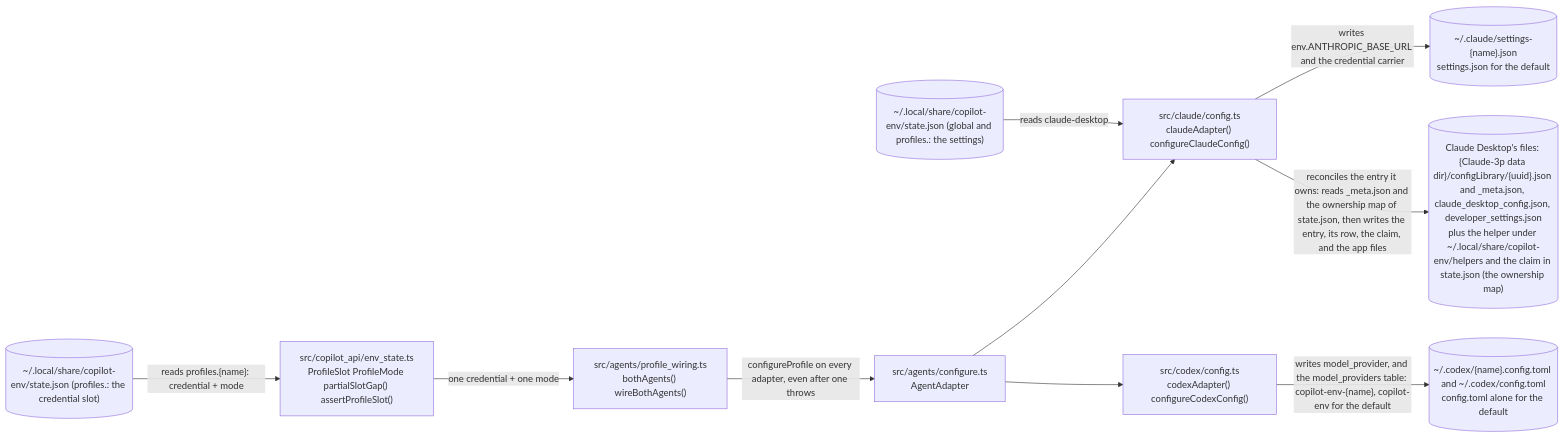
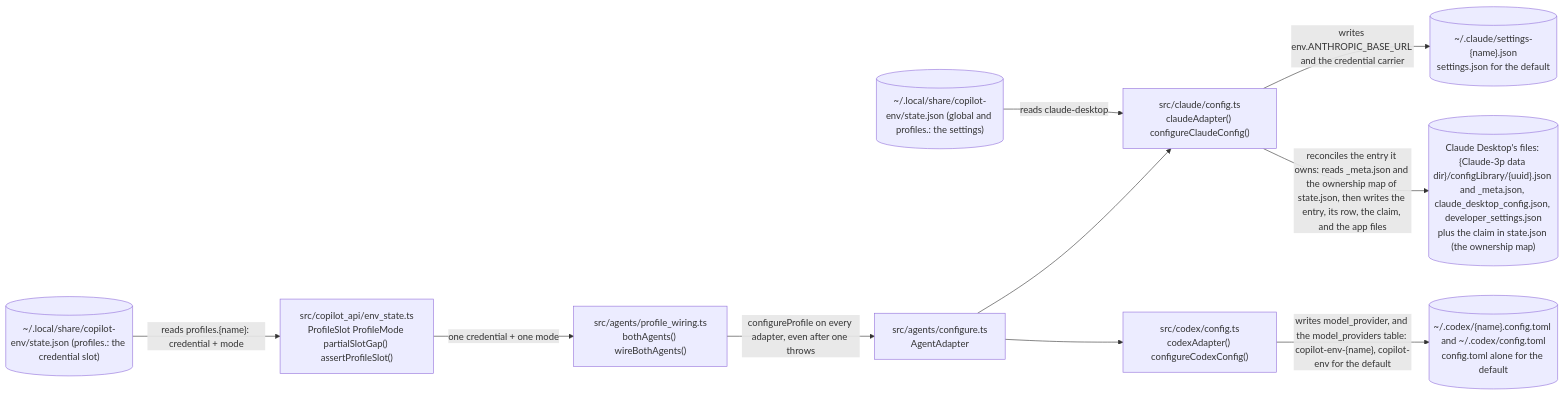
One commit to Vivswan/copilot-env changed the third of 8 diagrams in docs/architecture.md. Above: the diagram before and after it, drawn with Mermaid. The commit also changed 28 other files, not shown here.

Commit message:
feat(claude): a Claude Desktop entry names the agent launcher and its arguments as the credential helper, and the generated helper scripts go (#534)

````diff
--- a/docs/architecture.md
+++ b/docs/architecture.md
@@ -109,22 +109,22 @@
 ```mermaid
 flowchart LR
   credfile[("~/.local/share/copilot-env/state.json (profiles.<name>: the credential slot)")]
   prefs[("~/.local/share/copilot-env/state.json (global and profiles.<name>: the settings)")]
   slot["src/copilot_api/env_state.ts<br>ProfileSlot ProfileMode partialSlotGap() assertProfileSlot()"]
   wire["src/agents/profile_wiring.ts<br>bothAgents() wireBothAgents()"]
   adapter["src/agents/configure.ts<br>AgentAdapter"]
   claude["src/claude/config.ts<br>claudeAdapter() configureClaudeConfig()"]
   codex["src/codex/config.ts<br>codexAdapter() configureCodexConfig()"]
   claudefile[("~/.claude/settings-{name}.json<br>settings.json for the default")]
-  desktop[("Claude Desktop's files: {Claude-3p data dir}/configLibrary/{uuid}.json and _meta.json, claude_desktop_config.json, developer_settings.json<br>plus the helper under ~/.local/share/copilot-env/helpers and the claim in state.json (the ownership map)")]
+  desktop[("Claude Desktop's files: {Claude-3p data dir}/configLibrary/{uuid}.json and _meta.json, claude_desktop_config.json, developer_settings.json<br>plus the claim in state.json (the ownership map)")]
   codexfile[("~/.codex/{name}.config.toml and ~/.codex/config.toml<br>config.toml alone for the default")]
   credfile -->|"reads profiles.{name}: credential + mode"| slot
   prefs -->|"reads claude-desktop"| claude
   slot -->|"one credential + one mode"| wire
   wire -->|"configureProfile on every adapter, even after one throws"| adapter
   adapter --> claude
   adapter --> codex
   claude -->|"writes env.ANTHROPIC_BASE_URL and the credential carrier"| claudefile
   claude -->|"reconciles the entry it owns: reads _meta.json and the ownership map of state.json, then writes the entry, its row, the claim, and the app files"| desktop
   codex -->|"writes model_provider, and the model_providers table: copilot-env-{name}, copilot-env for the default"| codexfile
 ```
````
